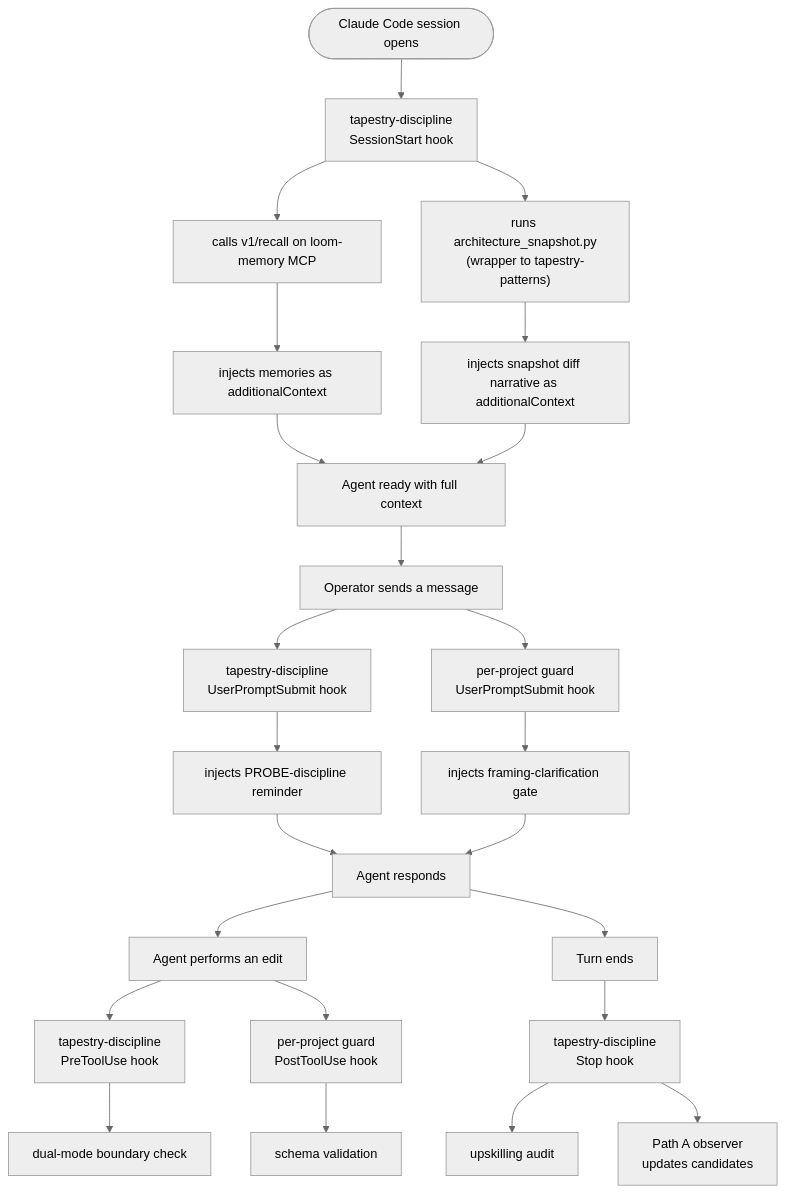
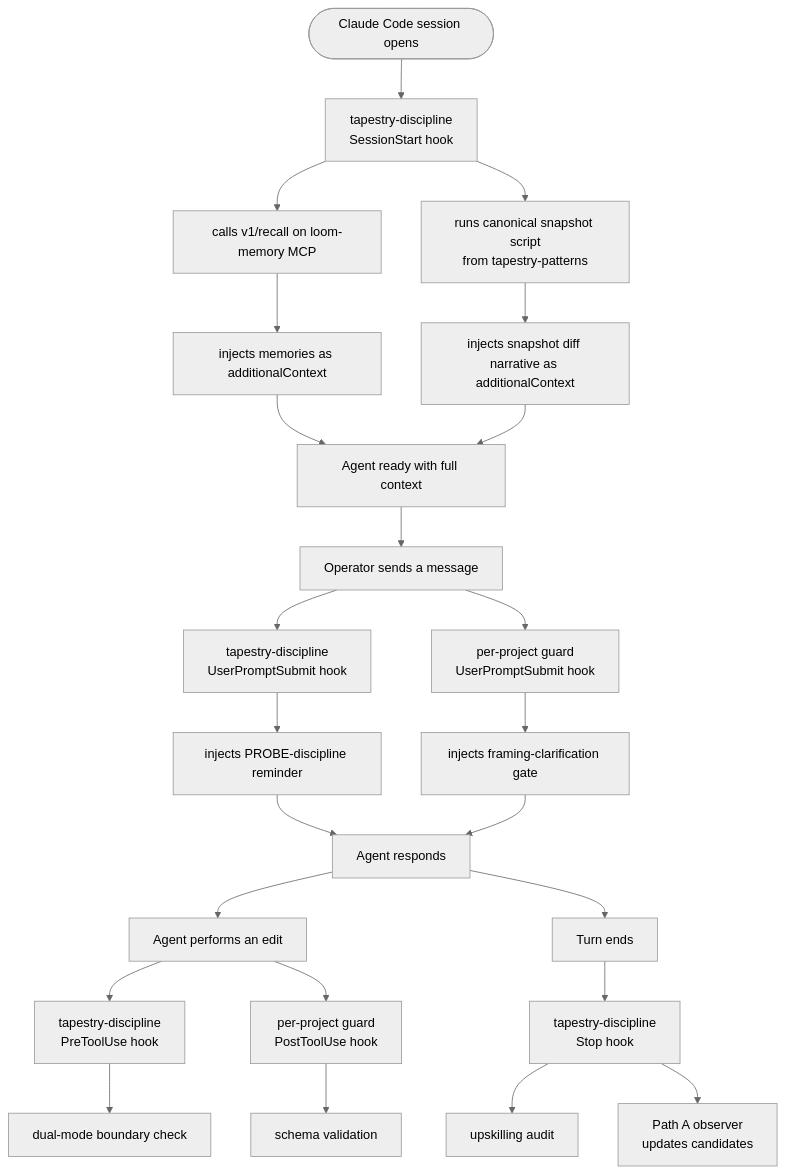
One commit to Lizo-RoadTown/tapestry changed the diagram in apps/docs-site/src/content/docs/explanation/plugins.md. Above: the diagram before and after it, drawn with Mermaid (neutral theme). The commit also changed other lines of this file and 19 other files, not shown here.

````diff
--- a/apps/docs-site/src/content/docs/explanation/plugins.md
+++ b/apps/docs-site/src/content/docs/explanation/plugins.md
@@ -82,34 +82,34 @@
 ```mermaid
 flowchart TB
   start(["Claude Code session opens"])
 
   start --> ldsess["tapestry-discipline<br/>SessionStart hook"]
   ldsess --> recall["calls v1/recall on loom-memory MCP"]
-  ldsess --> snapshot["runs architecture_snapshot.py<br/>(wrapper to tapestry-patterns)"]
+  ldsess --> snapshot["runs canonical snapshot script<br/>from tapestry-patterns"]
   recall --> inject1["injects memories as additionalContext"]
   snapshot --> inject2["injects snapshot diff narrative as additionalContext"]
   inject1 --> ready["Agent ready with full context"]
   inject2 --> ready
 
   ready --> prompt["Operator sends a message"]
 
   prompt --> ldprompt["tapestry-discipline<br/>UserPromptSubmit hook"]
   prompt --> guardprompt["per-project guard<br/>UserPromptSubmit hook"]
   ldprompt --> probe["injects PROBE-discipline reminder"]
   guardprompt --> clarify["injects framing-clarification gate"]
 
   probe --> agent["Agent responds"]
   clarify --> agent
 
   agent --> edit["Agent performs an edit"]
 
   edit --> ldedit["tapestry-discipline<br/>PreToolUse hook"]
   edit --> guardedit["per-project guard<br/>PostToolUse hook"]
   ldedit --> dualmode["dual-mode boundary check"]
   guardedit --> schema["schema validation"]
 
   agent --> stop["Turn ends"]
   stop --> ldstop["tapestry-discipline<br/>Stop hook"]
   ldstop --> audit["upskilling audit"]
   ldstop --> observer["Path A observer<br/>updates candidates"]
 ```
````
